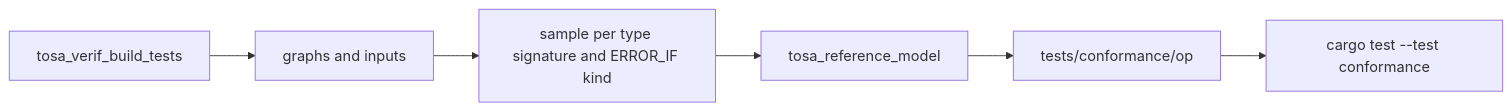
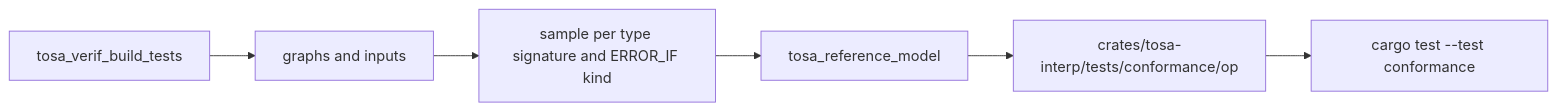
Before and after one commit to emmet-horgan/tosa: the diagram in docs/TESTING.md, drawn with Mermaid. The commit also changed other lines of this file and 12007 other files, not shown here.

````diff
--- a/docs/TESTING.md
+++ b/docs/TESTING.md
@@ -132,8 +140,8 @@
 ```mermaid
 graph LR;
   G[tosa_verif_build_tests] --> T[graphs and inputs];
   T --> S[sample per type signature and ERROR_IF kind];
   S --> R[tosa_reference_model];
-  R --> K[tests/conformance/op];
+  R --> K[crates/tosa-interp/tests/conformance/op];
   K --> H[cargo test --test conformance];
 ```
````
